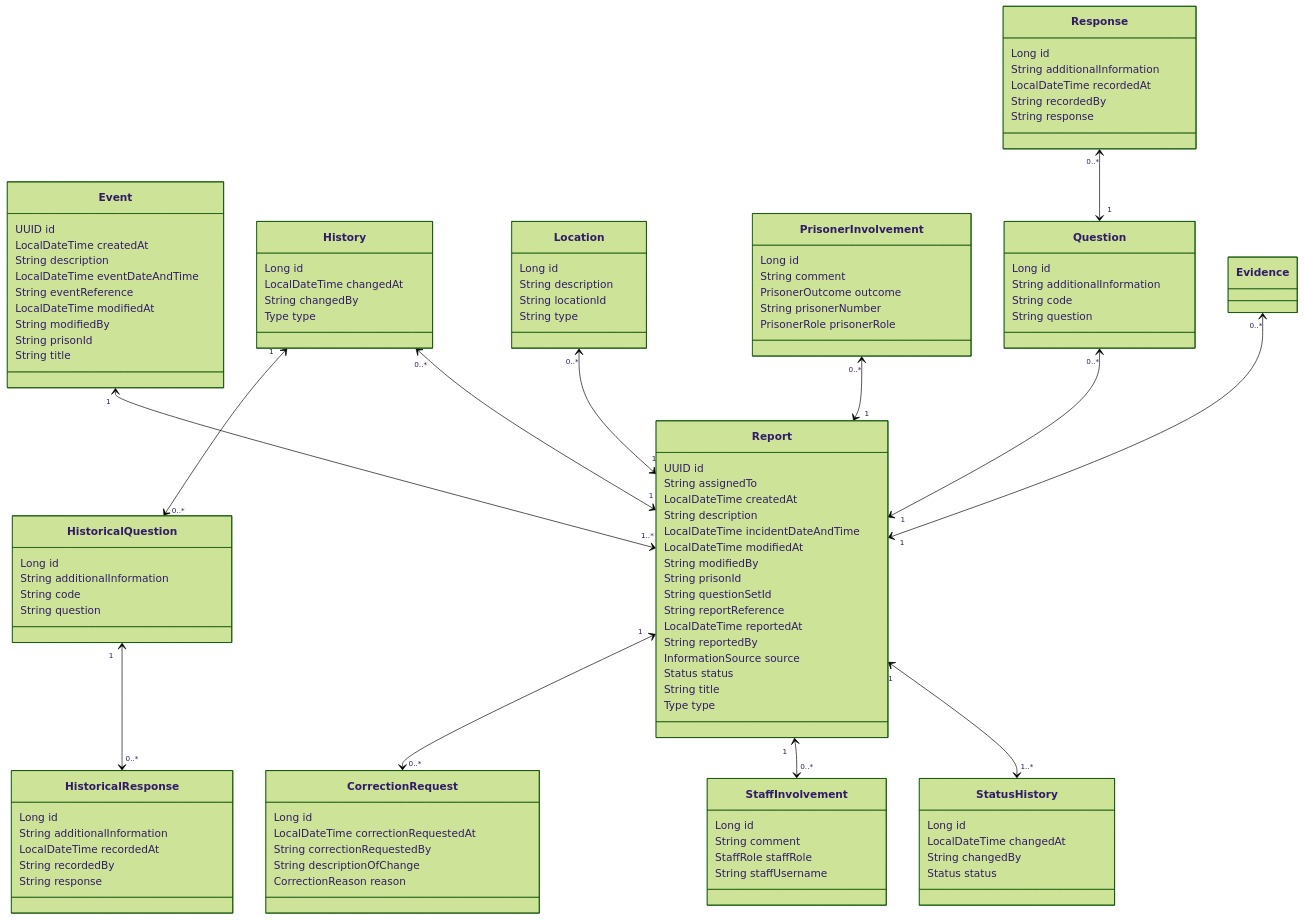
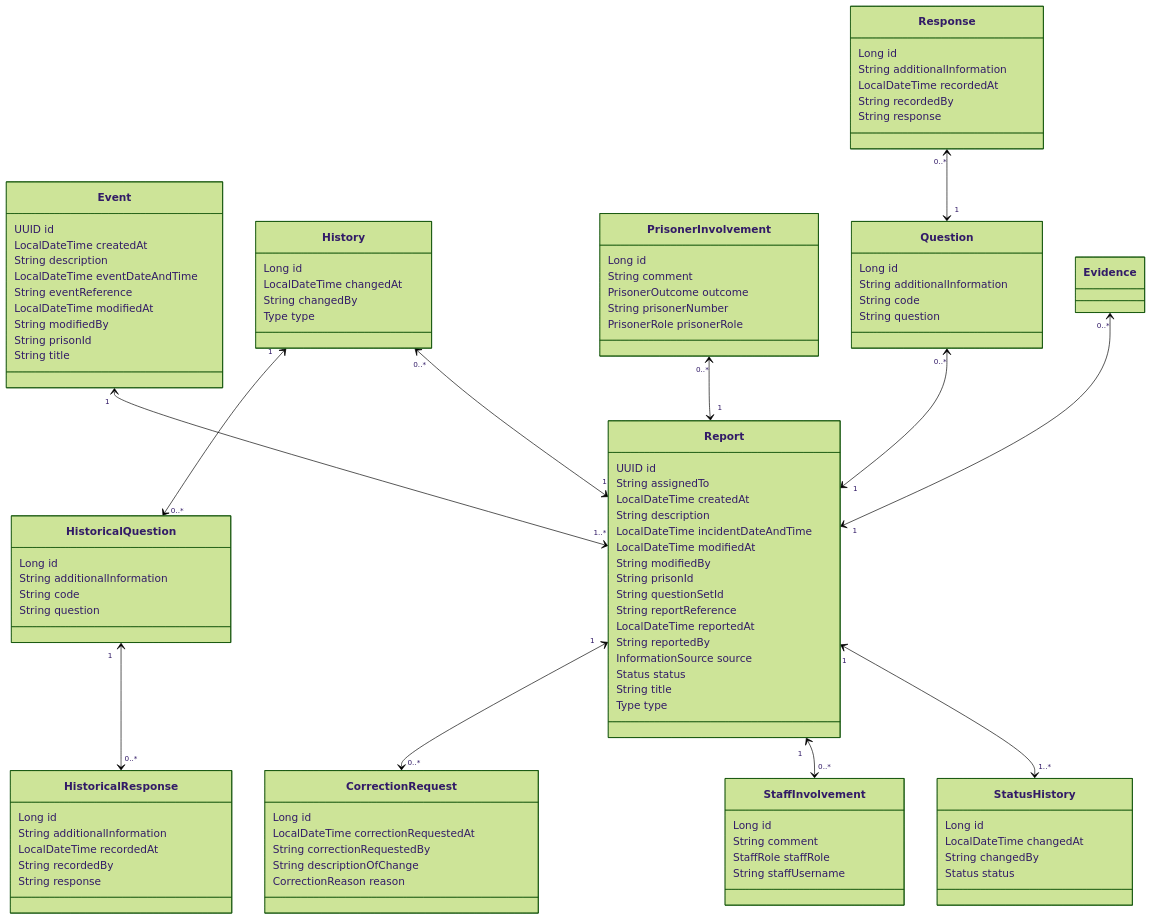
One commit to ministryofjustice/hmpps-incident-reporting-api changed the first of 2 diagrams in docs/0004-modeling-irs.md. Above: the diagram before and after it, drawn with Mermaid (forest theme). The commit also changed other lines of this file and 28 other files, not shown here.

```diff
--- a/docs/0004-modeling-irs.md
+++ b/docs/0004-modeling-irs.md
@@ -53,12 +53,6 @@
         LocalDateTime  changedAt
         String  changedBy
         Type  type
-    }
-    class Location {
-        Long  id
-        String  description
-        String  locationId
-        String  type
     }
     class PrisonerInvolvement {
         Long  id
@@ -118,7 +112,6 @@
 Report "1..*" <--> "1" Event
 Report "1" <--> "0..*" Evidence
 Report "1" <--> "0..*" History
-Report "1" <--> "0..*" Location
 Report "1" <--> "0..*" PrisonerInvolvement
 Report "1" <--> "0..*" Question
 StaffInvolvement "0..*" <--> "1" Report
```
